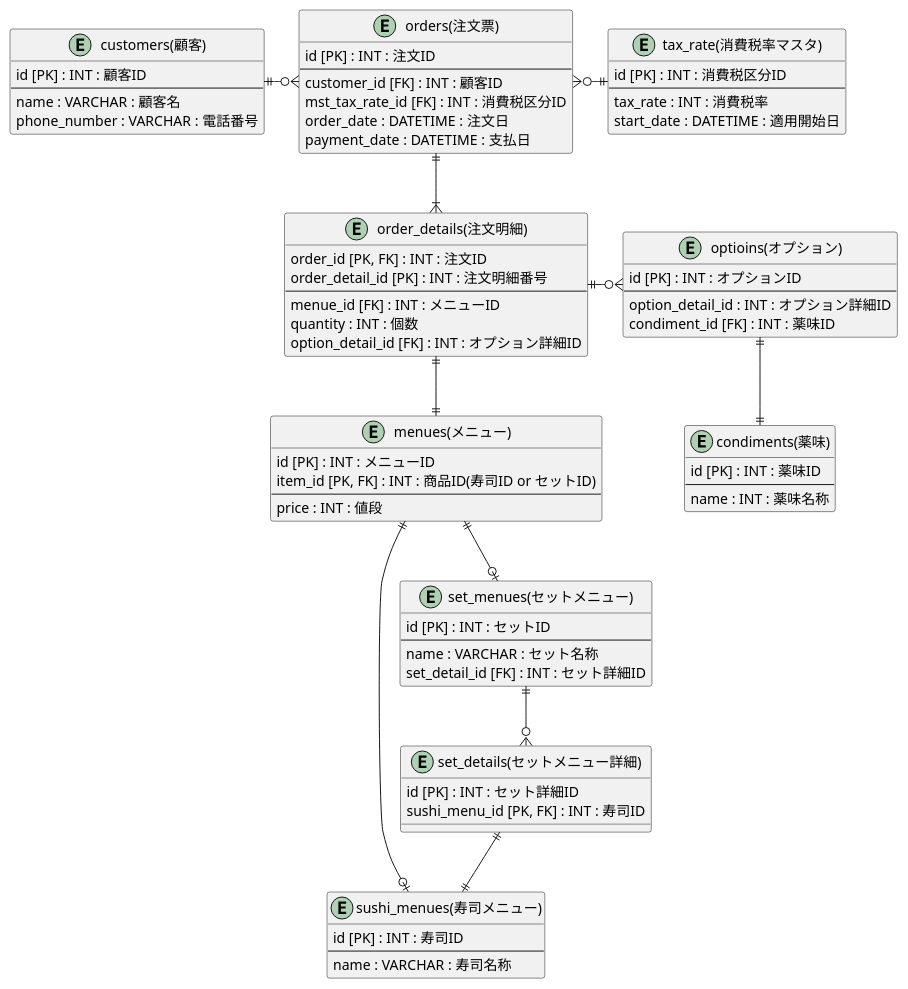
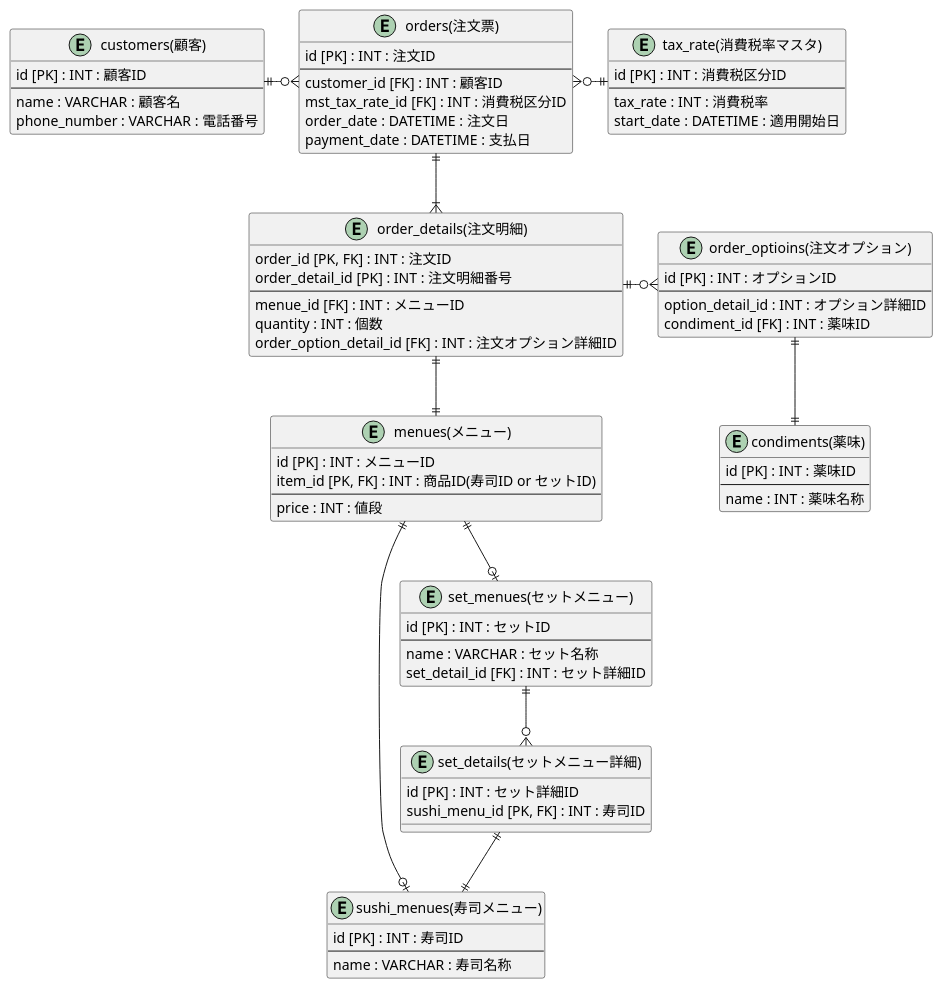
Before and after one commit to praha-inc/praha-challenge-7: the diagram in I84PdeRyF2ApGF/db_modeling01/task_01/dbModeling_01.pu, drawn with PlantUML.

Commit message:
[Update] ER図　オプションテーブル名修正

```diff
--- a/I84PdeRyF2ApGF/db_modeling01/task_01/dbModeling_01.pu
+++ b/I84PdeRyF2ApGF/db_modeling01/task_01/dbModeling_01.pu
@@ -1,96 +1,96 @@
 @startuml dbModeling1
     Entity "menues(メニュー)" as menues {
         id [PK] : INT : メニューID
         item_id [PK, FK] : INT : 商品ID(寿司ID or セットID)
         --
         price : INT : 値段
     }
 
     Entity "sushi_menues(寿司メニュー)" as sushi_menues {
         id [PK] : INT : 寿司ID
         --
         name : VARCHAR : 寿司名称
     }
 
     Entity "set_menues(セットメニュー)" as set_menues {
         id [PK] : INT : セットID
         --
         name : VARCHAR : セット名称
         set_detail_id [FK] : INT : セット詳細ID
     }
 
     Entity "set_details(セットメニュー詳細)" as set_details {
         id [PK] : INT : セット詳細ID
         sushi_menu_id [PK, FK] : INT : 寿司ID
     }
 
     Entity "tax_rate(消費税率マスタ)" as tax_rate{
         id [PK] : INT : 消費税区分ID
         --
         tax_rate : INT : 消費税率
         start_date : DATETIME : 適用開始日
     }
 
     Entity "customers(顧客)" as customers {
         id [PK] : INT : 顧客ID
         --
         name : VARCHAR : 顧客名
         phone_number : VARCHAR : 電話番号
     }
 
     Entity "orders(注文票)" as orders {
         id [PK] : INT : 注文ID
         --
         customer_id [FK] : INT : 顧客ID
         mst_tax_rate_id [FK] : INT : 消費税区分ID 
         order_date : DATETIME : 注文日
         payment_date : DATETIME : 支払日
     }
 
     Entity "order_details(注文明細)" as order_details {
         order_id [PK, FK] : INT : 注文ID 
         order_detail_id [PK] : INT : 注文明細番号 
         --
         menue_id [FK] : INT : メニューID
         quantity : INT : 個数
-        option_detail_id [FK] : INT : オプション詳細ID
+        order_option_detail_id [FK] : INT : 注文オプション詳細ID
     }
 
-    Entity "optioins(オプション)" as options{
+    Entity "order_optioins(注文オプション)" as order_options{
         id [PK] : INT : オプションID
         --
         option_detail_id : INT : オプション詳細ID
         condiment_id [FK] : INT : 薬味ID 
     }
 
     Entity "condiments(薬味)" as condiments{
         id [PK] : INT : 薬味ID
         --
         name : INT : 薬味名称
     } 
 
     orders }o-l-|| customers
     orders ||--|{ order_details
     order_details  ||--|| menues
     menues ||--o| sushi_menues
     menues ||--o| set_menues
     set_menues ||--o{ set_details
     set_details ||--|| sushi_menues
     orders }o-r-|| tax_rate
-    order_details ||-r-o{ options
-    options ||--|| condiments
+    order_details ||-r-o{ order_options
+    order_options ||--|| condiments
 
     ' * 主キー
     ' + 外部キー
     ' カラム名 : 型 : 説明
 
     ' 1対０また1
     ' A ||--o| B
     ' 1対1
     ' A ||--|| B
     ' 1対0以上
     ' A ||--o{ B
     ' 1対1以上
     ' A ||--|{ B
 
 @enduml
```
